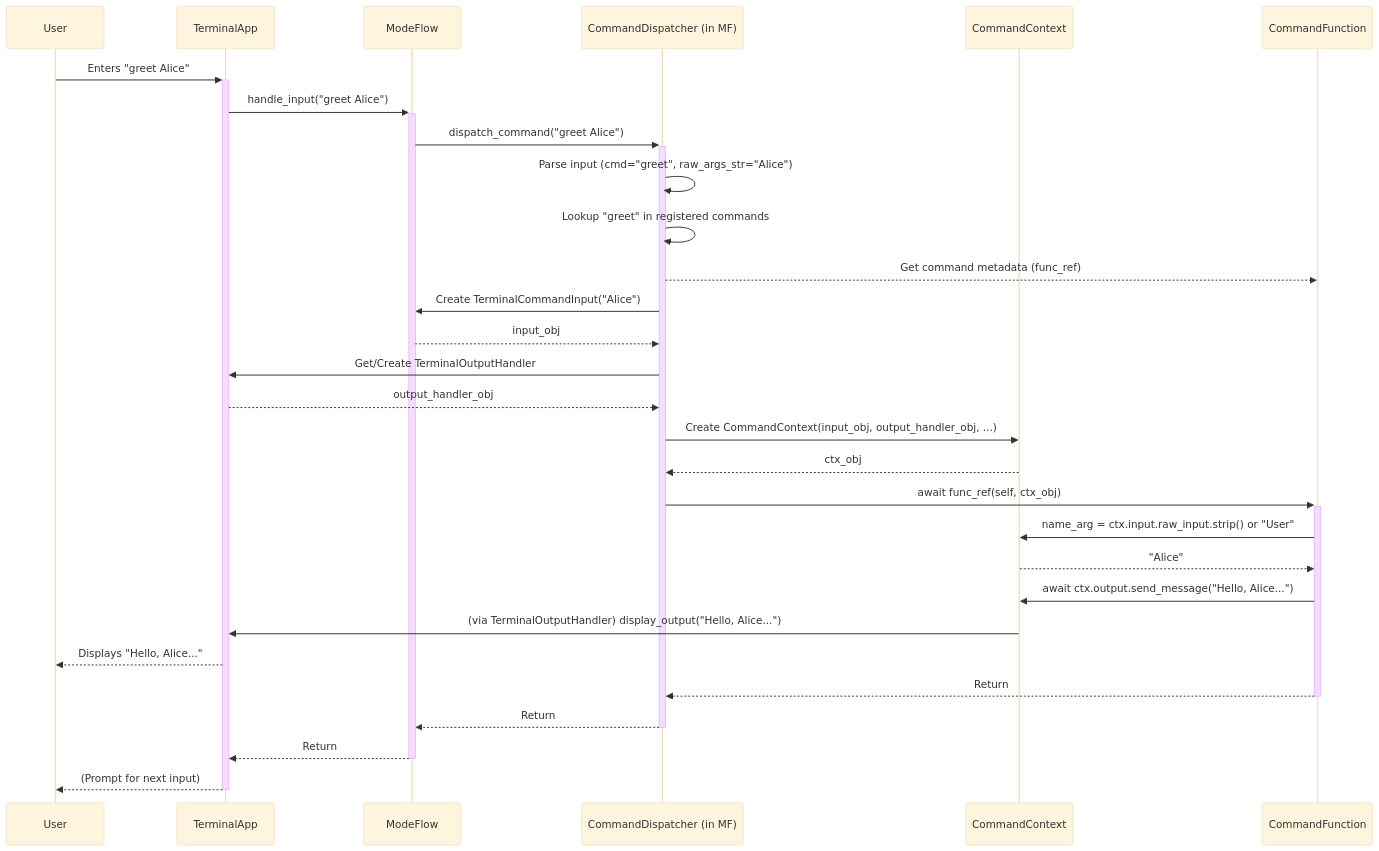
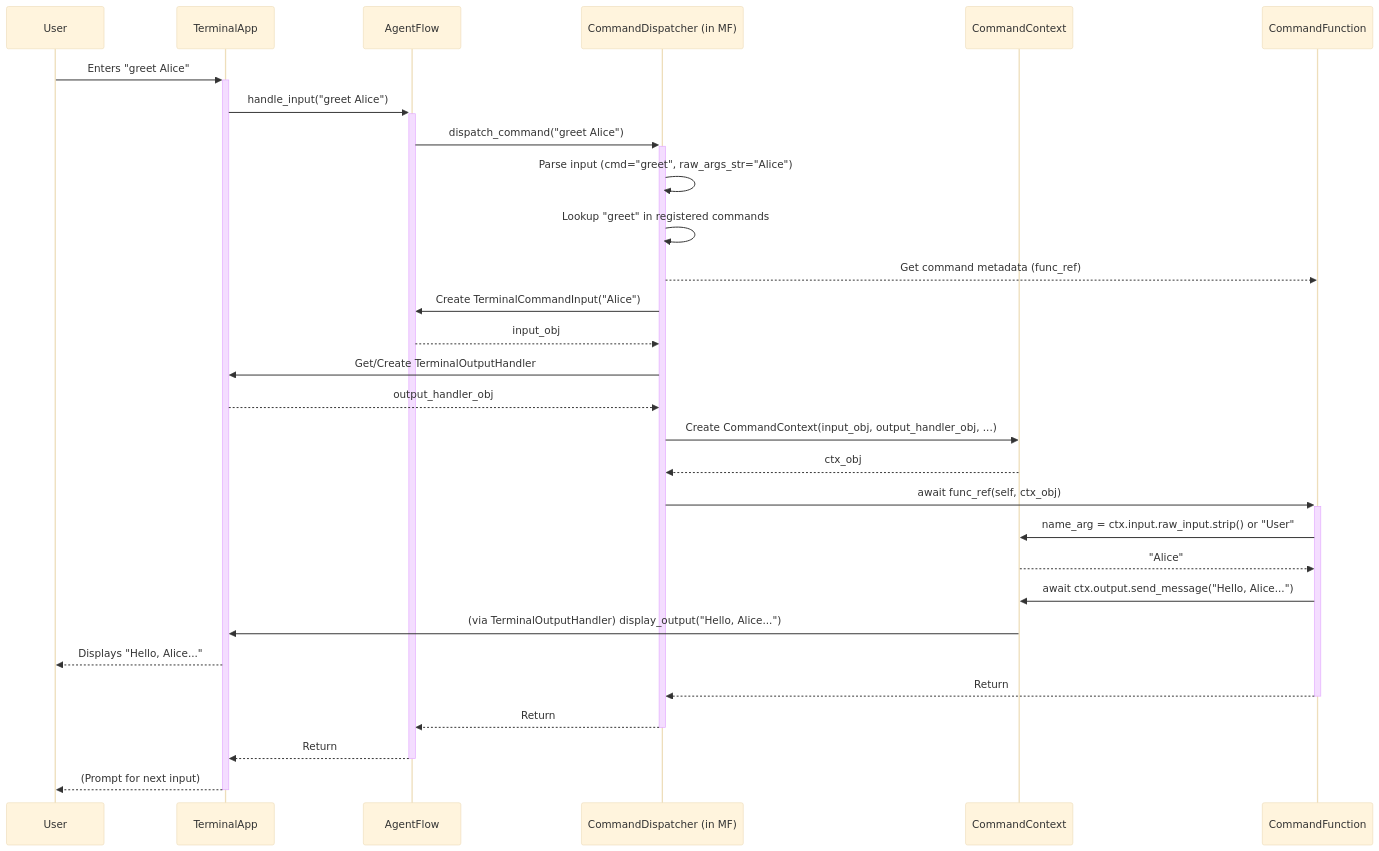
Before and after one commit to petarkabashki/pocket-commander: the second of 2 diagrams in docs/command_system_plan.md, drawn with Mermaid (base theme). The commit also changed other lines of this file and 53 other files, not shown here.

````diff
--- a/docs/command_system_plan.md
+++ b/docs/command_system_plan.md
@@ -164,32 +164,32 @@
 ```mermaid
 sequenceDiagram
     participant User
     participant TA as TerminalApp
-    participant MF as ModeFlow
+    participant MF as AgentFlow
     participant CD as CommandDispatcher (in MF)
     participant CCtx as CommandContext
     participant CmdFunc as CommandFunction
 
     User->>+TA: Enters "greet Alice"
     TA->>+MF: handle_input("greet Alice")
     MF->>+CD: dispatch_command("greet Alice")
     CD->>CD: Parse input (cmd="greet", raw_args_str="Alice")
     CD->>CD: Lookup "greet" in registered commands
     CD-->>CmdFunc: Get command metadata (func_ref)
     CD->>MF: Create TerminalCommandInput("Alice")
     MF-->>CD: input_obj
     CD->>TA: Get/Create TerminalOutputHandler
     TA-->>CD: output_handler_obj
     CD->>CCtx: Create CommandContext(input_obj, output_handler_obj, ...)
     CCtx-->>CD: ctx_obj
     CD->>+CmdFunc: await func_ref(self, ctx_obj)
     CmdFunc->>CCtx: name_arg = ctx.input.raw_input.strip() or "User"
     CCtx-->>CmdFunc: "Alice"
     CmdFunc->>CCtx: await ctx.output.send_message("Hello, Alice...")
     CCtx->>TA: (via TerminalOutputHandler) display_output("Hello, Alice...")
     TA-->>User: Displays "Hello, Alice..."
     CmdFunc-->>-CD: Return
     CD-->>-MF: Return
     MF-->>-TA: Return
     TA-->>-User: (Prompt for next input)
 ```
````
